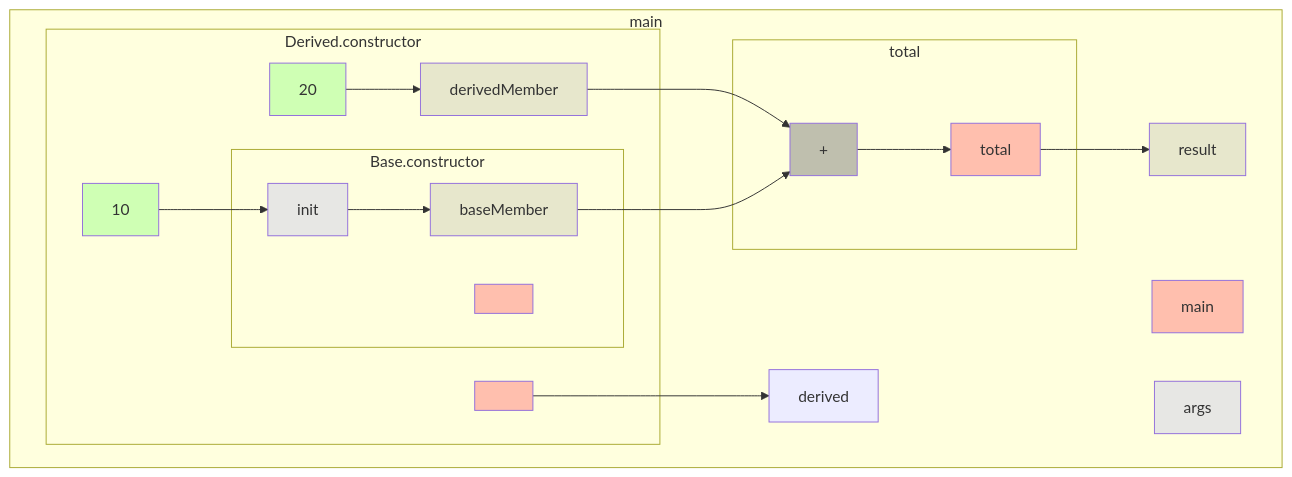
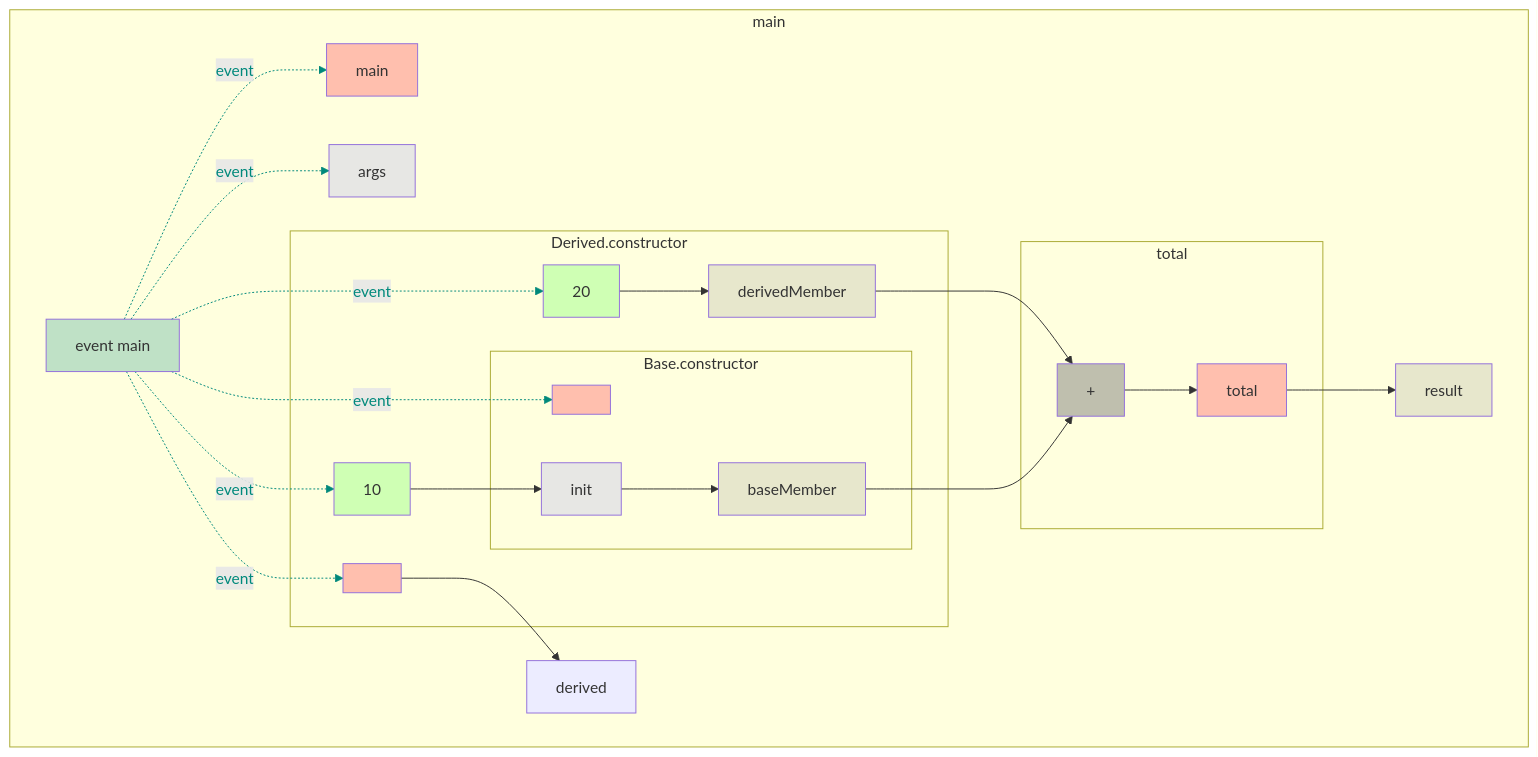
Before and after one commit to gstiebler/codeflow: the diagram in app/src/test/resources/superCall/snapshot.md, drawn with Mermaid. The commit also changed 77 other files, not shown here.

````diff
--- a/app/src/test/resources/superCall/snapshot.md
+++ b/app/src/test/resources/superCall/snapshot.md
@@ -1,39 +1,53 @@
 ```mermaid
 flowchart TD
   subgraph b0["main"]
-    n1[main]:::RETURN
-    n2[args]:::FUNC_PARAM
-    n12[derived]:::OBJ_VARIABLE
-    n16[result]:::VARIABLE
-    n4[<init>]:::RETURN --> n12[derived]:::OBJ_VARIABLE
-    n11[derivedMember]:::VARIABLE --> n15[+]:::BIN_OP
-    n9[baseMember]:::VARIABLE --> n15[+]:::BIN_OP
-    n14[total]:::RETURN --> n16[result]:::VARIABLE
-    subgraph b3["Derived.constructor"]
-      n4[<init>]:::RETURN
-      n5[10]:::LITERAL
-      n10[20]:::LITERAL
-      n11[derivedMember]:::VARIABLE
-      n5[10]:::LITERAL --> n8[init]:::FUNC_PARAM
-      n10[20]:::LITERAL --> n11[derivedMember]:::VARIABLE
-      subgraph b6["Base.constructor"]
-        n7[<init>]:::RETURN
-        n8[init]:::FUNC_PARAM
-        n9[baseMember]:::VARIABLE
-        n8[init]:::FUNC_PARAM --> n9[baseMember]:::VARIABLE
+    n1[event main]:::EVENT
+    n2[main]:::RETURN
+    n3[args]:::FUNC_PARAM
+    n13[derived]:::OBJ_VARIABLE
+    n17[result]:::VARIABLE
+    n1[event main]:::EVENT -. event .-> n2[main]:::RETURN
+    n1[event main]:::EVENT -. event .-> n3[args]:::FUNC_PARAM
+    n1[event main]:::EVENT -. event .-> n5[<init>]:::RETURN
+    n1[event main]:::EVENT -. event .-> n6[10]:::LITERAL
+    n1[event main]:::EVENT -. event .-> n11[20]:::LITERAL
+    n1[event main]:::EVENT -. event .-> n8[<init>]:::RETURN
+    n5[<init>]:::RETURN --> n13[derived]:::OBJ_VARIABLE
+    n12[derivedMember]:::VARIABLE --> n16[+]:::BIN_OP
+    n10[baseMember]:::VARIABLE --> n16[+]:::BIN_OP
+    n15[total]:::RETURN --> n17[result]:::VARIABLE
+    subgraph b4["Derived.constructor"]
+      n5[<init>]:::RETURN
+      n6[10]:::LITERAL
+      n11[20]:::LITERAL
+      n12[derivedMember]:::VARIABLE
+      n6[10]:::LITERAL --> n9[init]:::FUNC_PARAM
+      n11[20]:::LITERAL --> n12[derivedMember]:::VARIABLE
+      subgraph b7["Base.constructor"]
+        n8[<init>]:::RETURN
+        n9[init]:::FUNC_PARAM
+        n10[baseMember]:::VARIABLE
+        n9[init]:::FUNC_PARAM --> n10[baseMember]:::VARIABLE
       end
     end
-    subgraph b13["total"]
-      n14[total]:::RETURN
-      n15[+]:::BIN_OP
-      n15[+]:::BIN_OP --> n14[total]:::RETURN
+    subgraph b14["total"]
+      n15[total]:::RETURN
+      n16[+]:::BIN_OP
+      n16[+]:::BIN_OP --> n15[total]:::RETURN
     end
   end
+  linkStyle 0 stroke:#00897b,color:#00897b
+  linkStyle 1 stroke:#00897b,color:#00897b
+  linkStyle 2 stroke:#00897b,color:#00897b
+  linkStyle 3 stroke:#00897b,color:#00897b
+  linkStyle 4 stroke:#00897b,color:#00897b
+  linkStyle 5 stroke:#00897b,color:#00897b
   classDef LITERAL fill:#00FF0030
   classDef VARIABLE fill:#80808030
   classDef BIN_OP fill:#80808080
   classDef FUNC_PARAM fill:#8080FF30
   classDef RETURN fill:#FF808080
   classDef EXTERNAL fill:#FFA50040
   classDef UNMODELLED fill:#FF000030,stroke-dasharray: 4 2
+  classDef EVENT fill:#00897B40
 ```
````
